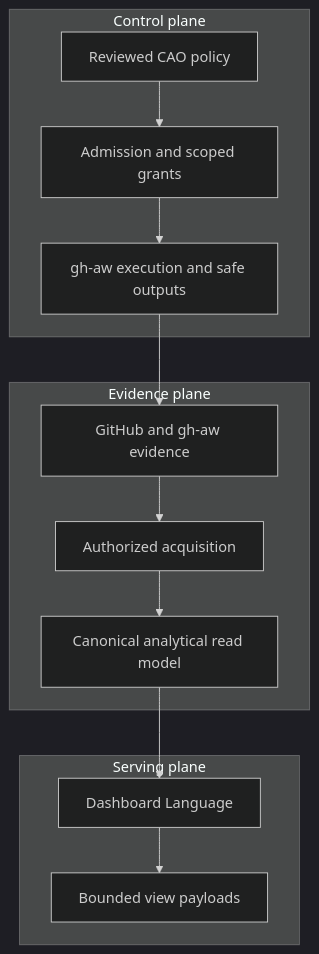
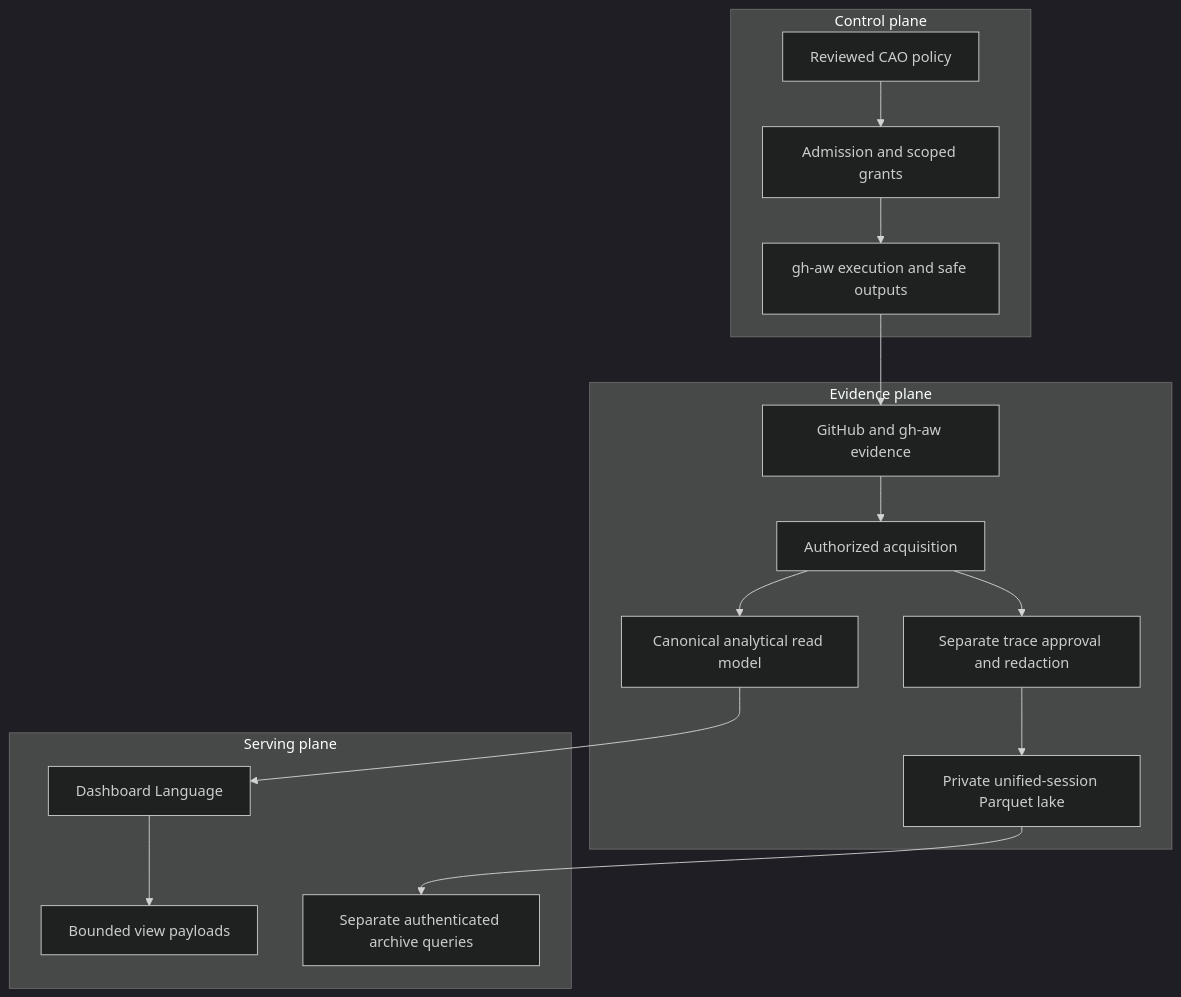
One commit to githubnext/gh-cao changed the first of 15 diagrams in docs/dashboard-data-architecture.md. Above: the diagram before and after it, drawn with Mermaid (dark theme). The commit also changed other lines of this file and 3 other files, not shown here.

First line of the commit message:
docs: represent session lake and Azure data service mapping

````diff
--- a/docs/dashboard-data-architecture.md
+++ b/docs/dashboard-data-architecture.md
@@ -28,18 +30,21 @@
 ```mermaid
 flowchart TB
   accTitle: Authority and evidence are separate planes
-  accDescr: Reviewed policy admits workflow execution. GitHub supplies evidence to acquisition and the canonical read model. Dashboard observations do not grant execution authority.
+  accDescr: Reviewed policy admits workflow execution. Authorized acquisition feeds minimized canonical evidence and, only with separate approval, a private Parquet session lake. Neither analytical product grants execution authority.
   subgraph control["Control plane"]
     Policy["Reviewed CAO policy"] --> Admission["Admission and scoped grants"]
     Admission --> Execution["gh-aw execution and safe outputs"]
   end
   subgraph evidence["Evidence plane"]
     GitHub["GitHub and gh-aw evidence"] --> Acquisition["Authorized acquisition"]
     Acquisition --> Canonical["Canonical analytical read model"]
+    Acquisition --> Approval["Separate trace approval and redaction"]
+    Approval --> Lake["Private unified-session Parquet lake"]
   end
   subgraph serving["Serving plane"]
     Canonical --> Queries["Dashboard Language"]
     Queries --> UX["Bounded view payloads"]
+    Lake --> PrivateQueries["Separate authenticated archive queries"]
   end
   Execution --> GitHub
 ```
````
